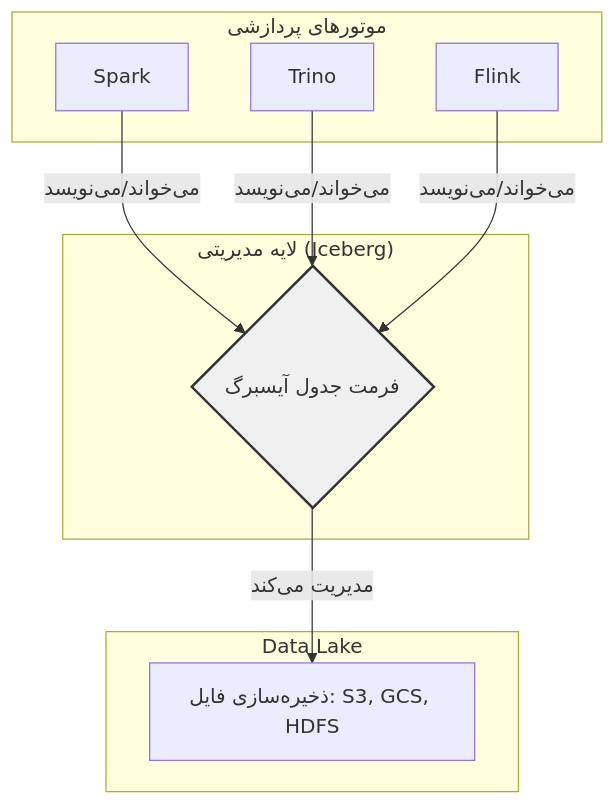
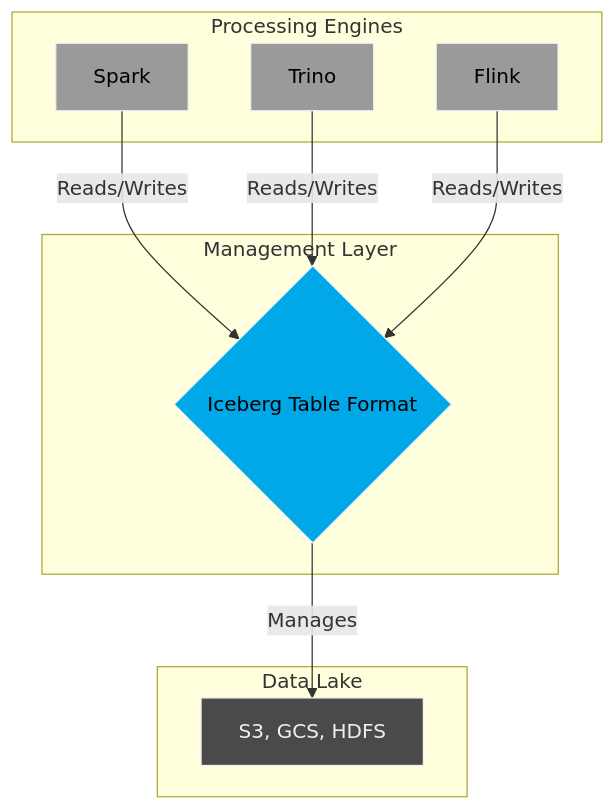
One commit to jonsonpaskal123/iceberg changed the first of 6 diagrams in iceberg_explanation_fa.md. Above: the diagram before and after it, drawn with Mermaid. The commit also changed other lines of this file and 1 other file, not shown here.

First line of the commit message:
style(docs): Redesign all Mermaid diagrams with a modern theme

````diff
--- a/iceberg_explanation_fa.md
+++ b/iceberg_explanation_fa.md
@@ -17,23 +17,30 @@
 ```mermaid
 graph TD
+    classDef default fill:#2b2b2b,stroke:#f0f0f0,color:#f0f0f0;
+    classDef storage fill:#4a4a4a,stroke:#f0f0f0,color:#f0f0f0;
+    classDef iceberg fill:#00a8e8,stroke:#f0f0f0,color:#000;
+    classDef engine fill:#9a9a9a,stroke:#f0f0f0,color:#000;
+
     subgraph Data Lake
-        A[ذخیره‌سازی فایل: S3, GCS, HDFS]
+        A[S3, GCS, HDFS]
     end
 
-    subgraph "لایه مدیریتی (Iceberg)"
-        B{فرمت جدول آیسبرگ}
-        B -- مدیریت می‌کند --> A
+    subgraph Management Layer
+        B{Iceberg Table Format}
     end
 
-    subgraph "موتورهای پردازشی"
+    subgraph Processing Engines
         C[Spark]
         D[Trino]
         E[Flink]
     end
 
-    C -- می‌خواند/می‌نویسد --> B
-    D -- می‌خواند/می‌نویسد --> B
-    E -- می‌خواند/می‌نویسد --> B
+    B -- Manages --> A
+    C -- Reads/Writes --> B
+    D -- Reads/Writes --> B
+    E -- Reads/Writes --> B
 
-    style B fill:#f0f0f0,stroke:#333,stroke-width:2px,color:#333
+    class A storage;
+    class B iceberg;
+    class C,D,E engine;
 ```
````
